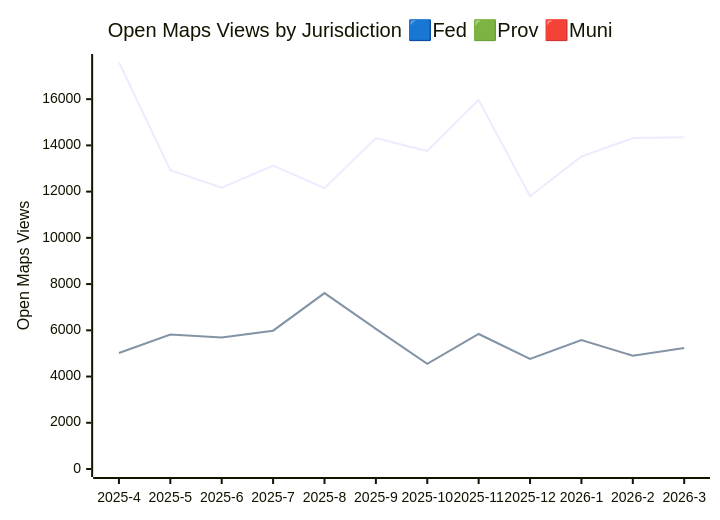
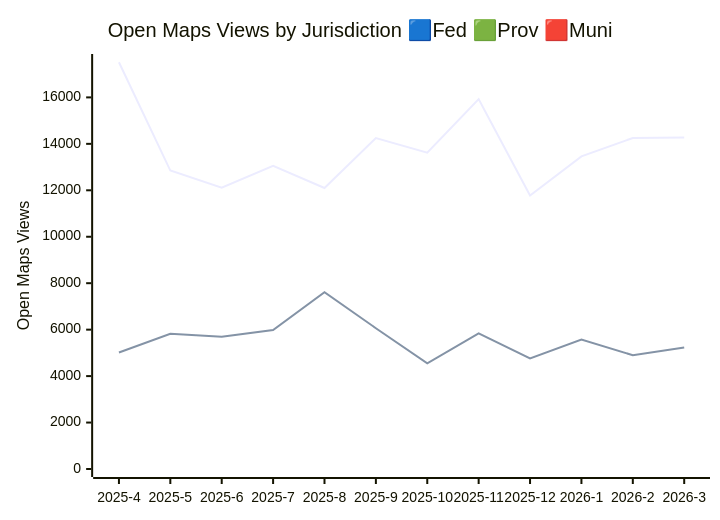
Before and after one commit to open-data/analytics-corporate-reporting: the third of 3 diagrams in JURISDICTION_ANALYTICS_REPORT/readme.md, drawn with Mermaid. The commit also changed other lines of this file and 3 other files, not shown here.

````diff
--- a/JURISDICTION_ANALYTICS_REPORT/readme.md
+++ b/JURISDICTION_ANALYTICS_REPORT/readme.md
@@ -41,9 +41,9 @@
 ```mermaid
 
 xychart-beta
     title "Open Maps Views by Jurisdiction 🟦Fed 🟩Prov 🟥Muni"
     x-axis [2025-4, 2025-5, 2025-6, 2025-7, 2025-8, 2025-9, 2025-10, 2025-11, 2025-12, 2026-1, 2026-2, 2026-3]
-    y-axis "Open Maps Views" 0 --> 17607
-    line [17597, 12924, 12169, 13130, 12149, 14319, 13755, 15966, 11799, 13520, 14315, 14356]
+    y-axis "Open Maps Views" 0 --> 17524
+    line [17514, 12850, 12109, 13051, 12100, 14245, 13621, 15925, 11775, 13461, 14252, 14277]
     line [5016, 5820, 5694, 5984, 7610, 6062, 4549, 5840, 4759, 5574, 4900, 5234]
 ```
````
